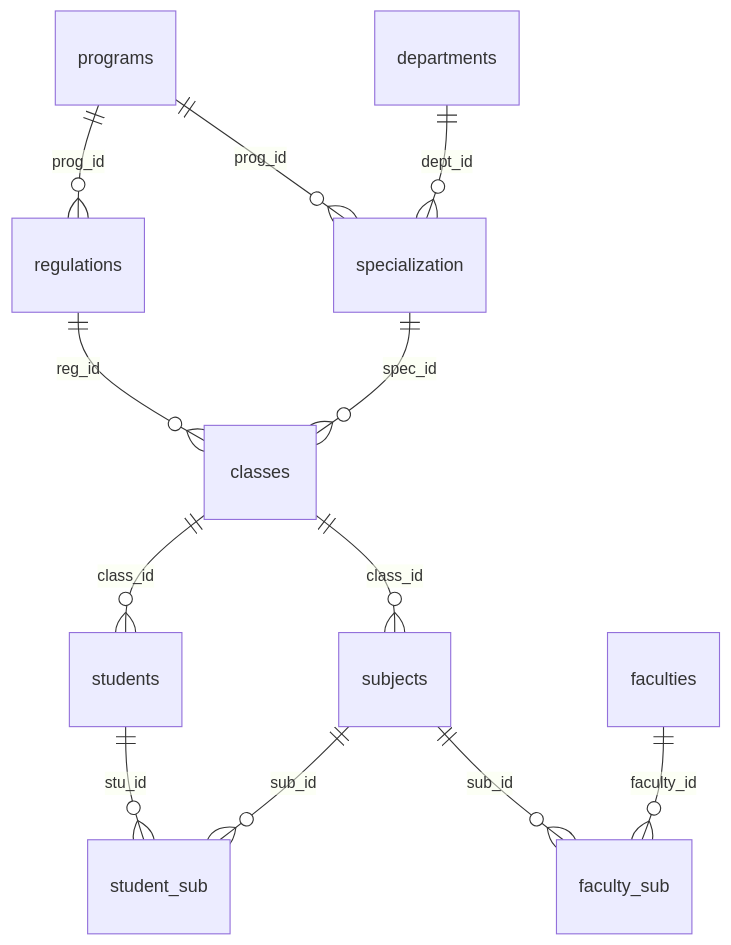
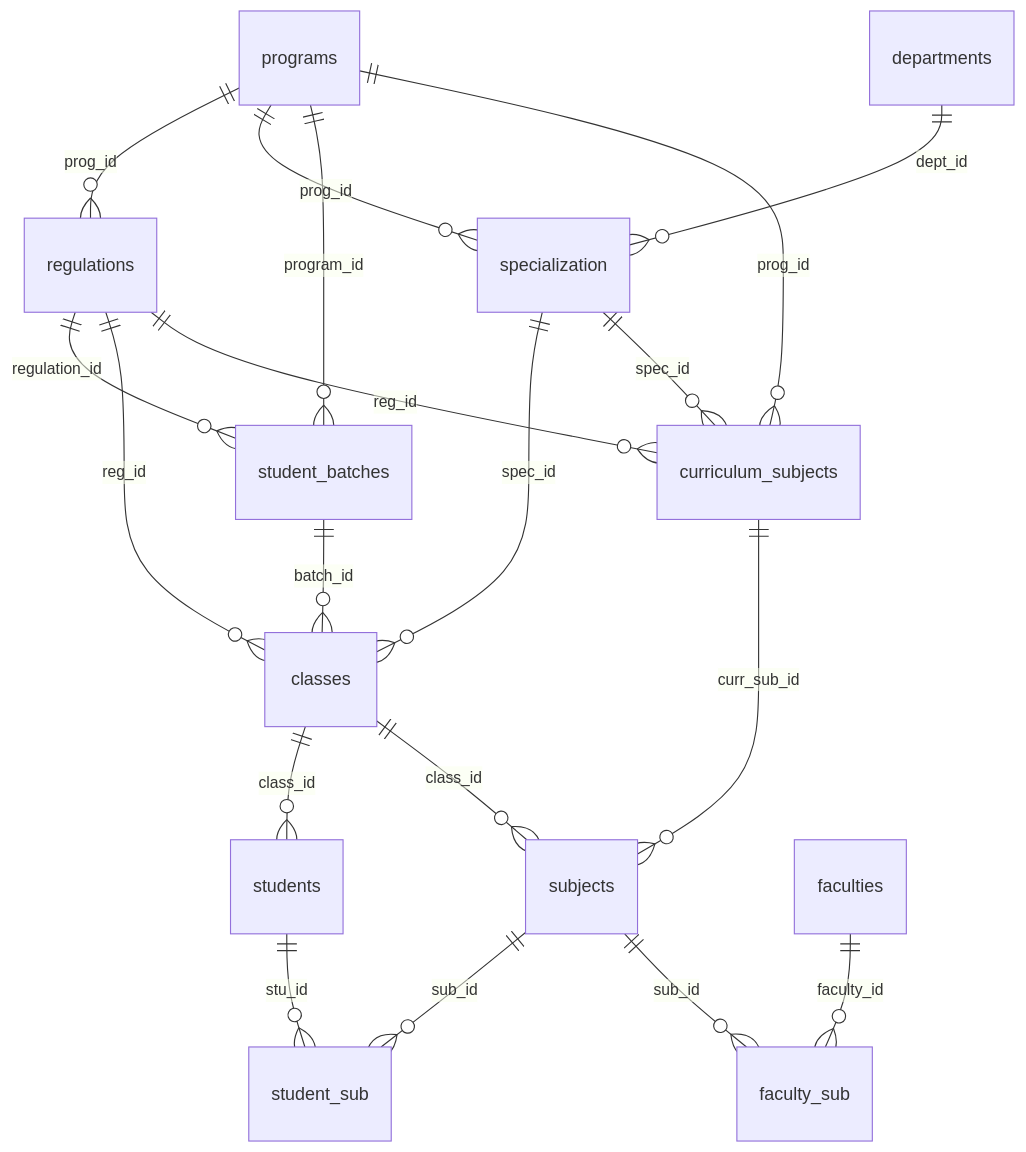
Before and after one commit to katamanilprojects/sarb_cea: the second of 7 diagrams in docs/database/relationships.md, drawn with Mermaid. The commit also changed other lines of this file and 17 other files, not shown here.

````diff
--- a/docs/database/relationships.md
+++ b/docs/database/relationships.md
@@ -67,17 +67,25 @@
 ```mermaid
 erDiagram
     programs ||--o{ regulations : "prog_id"
     programs ||--o{ specialization : "prog_id"
     departments ||--o{ specialization : "dept_id"
+    programs ||--o{ student_batches : "program_id"
+    regulations ||--o{ student_batches : "regulation_id"
+    student_batches ||--o{ classes : "batch_id"
     specialization ||--o{ classes : "spec_id"
     regulations ||--o{ classes : "reg_id"
     
+    programs ||--o{ curriculum_subjects : "prog_id"
+    regulations ||--o{ curriculum_subjects : "reg_id"
+    specialization ||--o{ curriculum_subjects : "spec_id"
+    curriculum_subjects ||--o{ subjects : "curr_sub_id"
+
     classes ||--o{ students : "class_id"
     classes ||--o{ subjects : "class_id"
 
     students ||--o{ student_sub : "stu_id"
     subjects ||--o{ student_sub : "sub_id"
 
     faculties ||--o{ faculty_sub : "faculty_id"
     subjects ||--o{ faculty_sub : "sub_id"
 ```
````
